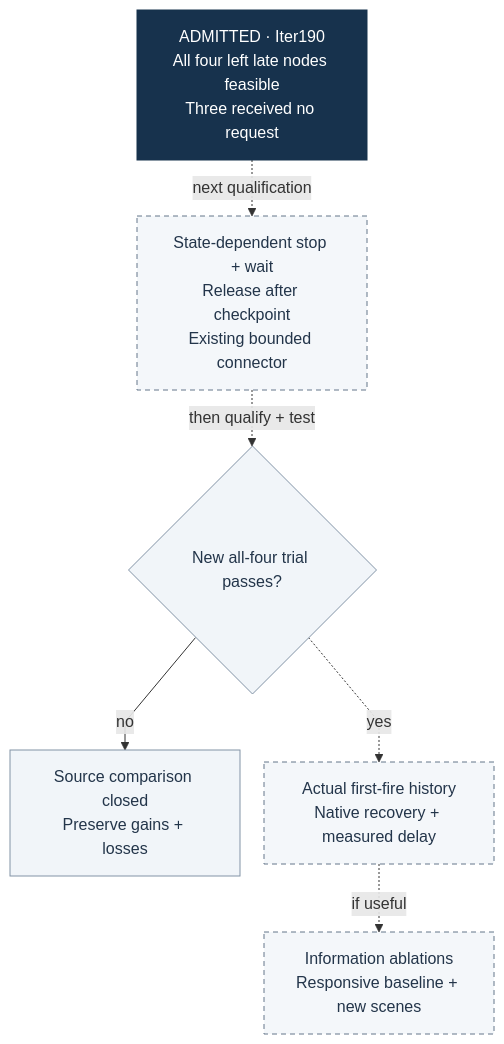
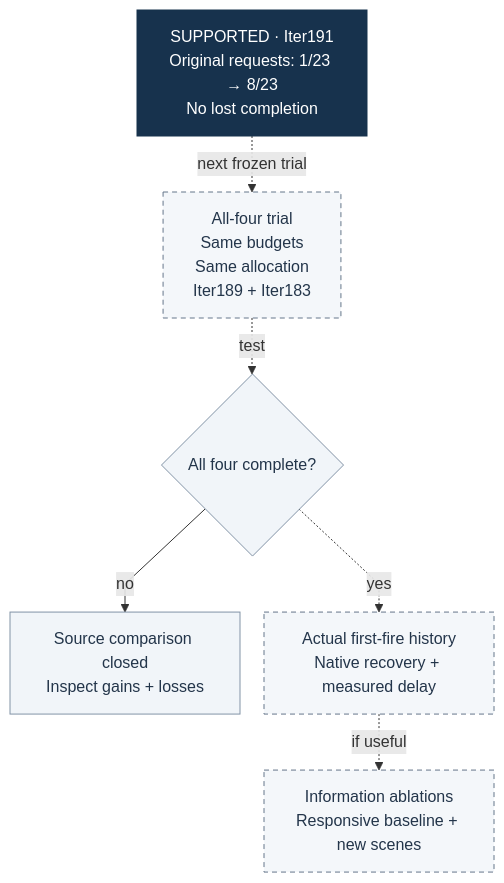
Before and after one commit to manfromnowhere143/sentinel: the fourth of 4 diagrams in README.md, drawn with Mermaid. The commit also changed other lines of this file and 41 other files, not shown here.

Commit message:
Close Iter191 qualification and document connector gains with unchanged integrated boundary

````diff
--- a/README.md
+++ b/README.md
@@ -1345,24 +1380,24 @@
 ```mermaid
 ---
 config:
   flowchart:
     curve: linear
     nodeSpacing: 24
     wrappingWidth: 170
     rankSpacing: 32
 ---
 flowchart TB
-  accTitle: Next experiment and intervention gates
-  accDescr: Admitted conditional paths motivate proposal qualification before a new integrated trial.
-  A["ADMITTED · Iter190<br/>All four left late nodes feasible<br/>Three received no request"]
-  A -. "next qualification" .-> T["State-dependent stop + wait<br/>Release after checkpoint<br/>Existing bounded connector"]
-  T -. "then qualify + test" .-> G{"New all-four trial passes?"}
-  G -- "no" --> F["Source comparison closed<br/>Preserve gains + losses"]
+  accTitle: Qualified proposal and remaining intervention gates
+  accDescr: Connector gains motivate a new integrated trial; actual-history recovery remains open.
+  A["SUPPORTED · Iter191<br/>Original requests: 1/23 → 8/23<br/>No lost completion"]
+  A -. "next frozen trial" .-> T["All-four trial<br/>Same budgets<br/>Same allocation<br/>Iter189 + Iter183"]
+  T -. "test" .-> G{"All four complete?"}
+  G -- "no" --> F["Source comparison closed<br/>Inspect gains + losses"]
   G -. "yes" .-> H["Actual first-fire history<br/>Native recovery + measured delay"]
   H -. "if useful" .-> I["Information ablations<br/>Responsive baseline + new scenes"]
   classDef default fill:#f1f5f9,stroke:#8293a6,color:#23354a;
   classDef focus fill:#17324d,stroke:#17324d,color:#fff;
   classDef proposed fill:#f4f7fa,stroke:#65768a,color:#23354a,stroke-dasharray:5 4;
   class A focus;
   class T,H,I proposed;
 ```
````
